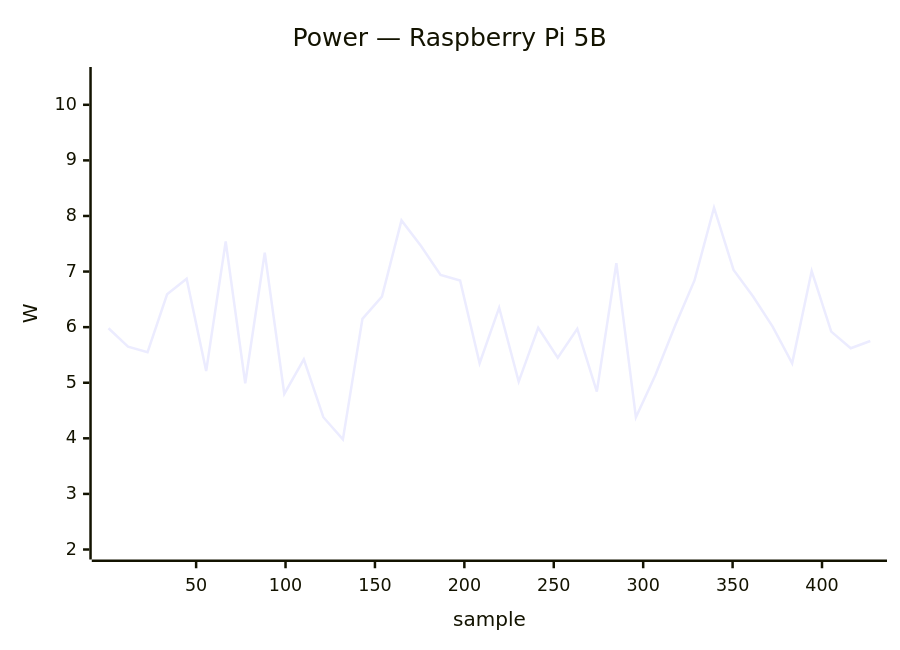
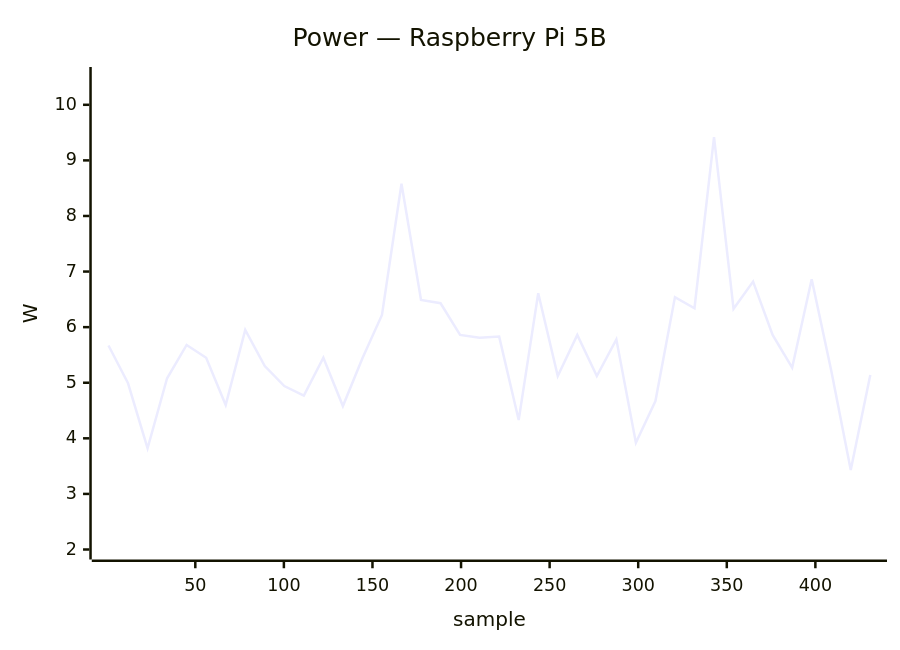
The eighth of 34 diagrams in docs/status/board-tests.md (armbian/documentation), drawn with Mermaid before and after one commit. The commit also changed other lines of this file, not shown here.

````diff
--- a/docs/status/board-tests.md
+++ b/docs/status/board-tests.md
@@ -474,7 +452,7 @@
 ```mermaid
 xychart-beta
     title "Power — Raspberry Pi 5B"
-    x-axis "sample" 1 --> 427
+    x-axis "sample" 1 --> 431
     y-axis "W" 2.0 --> 10.5
-    line [5.98, 5.65, 5.55, 6.59, 6.87, 5.21, 7.54, 4.99, 7.34, 4.80, 5.42, 4.38, 3.98, 6.15, 6.55, 7.92, 7.46, 6.94, 6.84, 5.35, 6.35, 5.02, 5.99, 5.45, 5.97, 4.84, 7.15, 4.38, 5.14, 6.02, 6.84, 8.15, 7.03, 6.55, 6.01, 5.35, 7.01, 5.92, 5.62, 5.75]
+    line [5.67, 4.99, 3.82, 5.08, 5.68, 5.45, 4.60, 5.95, 5.30, 4.94, 4.77, 5.45, 4.58, 5.44, 6.22, 8.58, 6.49, 6.43, 5.86, 5.81, 5.83, 4.33, 6.61, 5.12, 5.86, 5.12, 5.78, 3.92, 4.67, 6.54, 6.34, 9.42, 6.33, 6.82, 5.86, 5.27, 6.86, 5.22, 3.43, 5.14]
 ```
````
